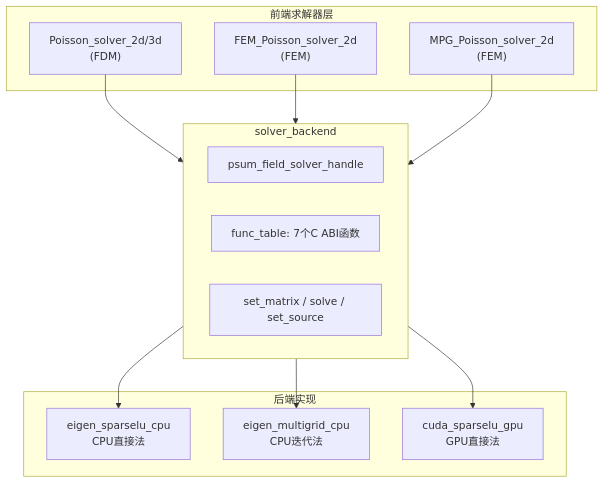
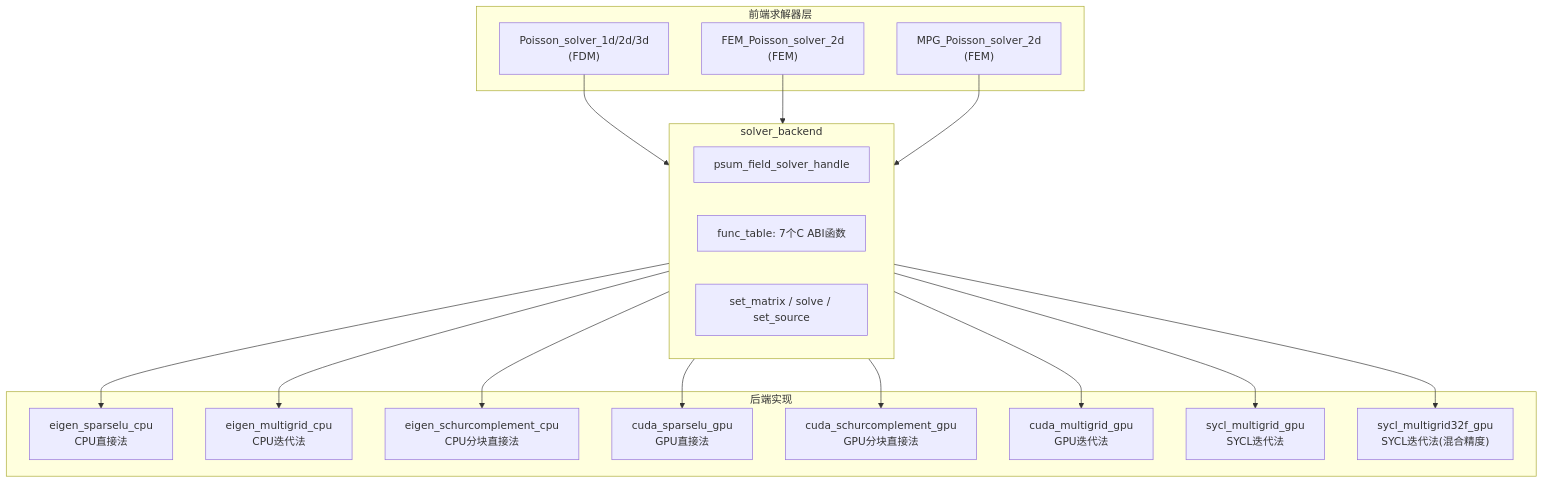
The first of 2 diagrams in docs/detailed_design/field_solver_backend.md (psum-team/PSuM), drawn with Mermaid before and after one commit. The commit also changed other lines of this file and 13 other files, not shown here.

````diff
--- a/docs/detailed_design/field_solver_backend.md
+++ b/docs/detailed_design/field_solver_backend.md
@@ -29,28 +29,38 @@
 ```mermaid
 graph TB
     subgraph Frontend["前端求解器层"]
-        FDM["Poisson_solver_2d/3d<br/>(FDM)"]
+        FDM["Poisson_solver_1d/2d/3d<br/>(FDM)"]
         FEM["FEM_Poisson_solver_2d<br/>(FEM)"]
         MPG["MPG_Poisson_solver_2d<br/>(FEM)"]
     end
 
     subgraph Backend["solver_backend"]
         B1["psum_field_solver_handle"]
         B2["func_table: 7个C ABI函数"]
         B3["set_matrix / solve / set_source"]
     end
 
     FDM --> Backend
     FEM --> Backend
     MPG --> Backend
 
     subgraph Backends["后端实现"]
         BE1["eigen_sparselu_cpu<br/>CPU直接法"]
         BE2["eigen_multigrid_cpu<br/>CPU迭代法"]
-        BE3["cuda_sparselu_gpu<br/>GPU直接法"]
+        BE3["eigen_schurcomplement_cpu<br/>CPU分块直接法"]
+        BE4["cuda_sparselu_gpu<br/>GPU直接法"]
+        BE5["cuda_schurcomplement_gpu<br/>GPU分块直接法"]
+        BE6["cuda_multigrid_gpu<br/>GPU迭代法"]
+        BE7["sycl_multigrid_gpu<br/>SYCL迭代法"]
+        BE8["sycl_multigrid32f_gpu<br/>SYCL迭代法(混合精度)"]
     end
 
     Backend --> BE1
     Backend --> BE2
     Backend --> BE3
+    Backend --> BE4
+    Backend --> BE5
+    Backend --> BE6
+    Backend --> BE7
+    Backend --> BE8
 ```
````
